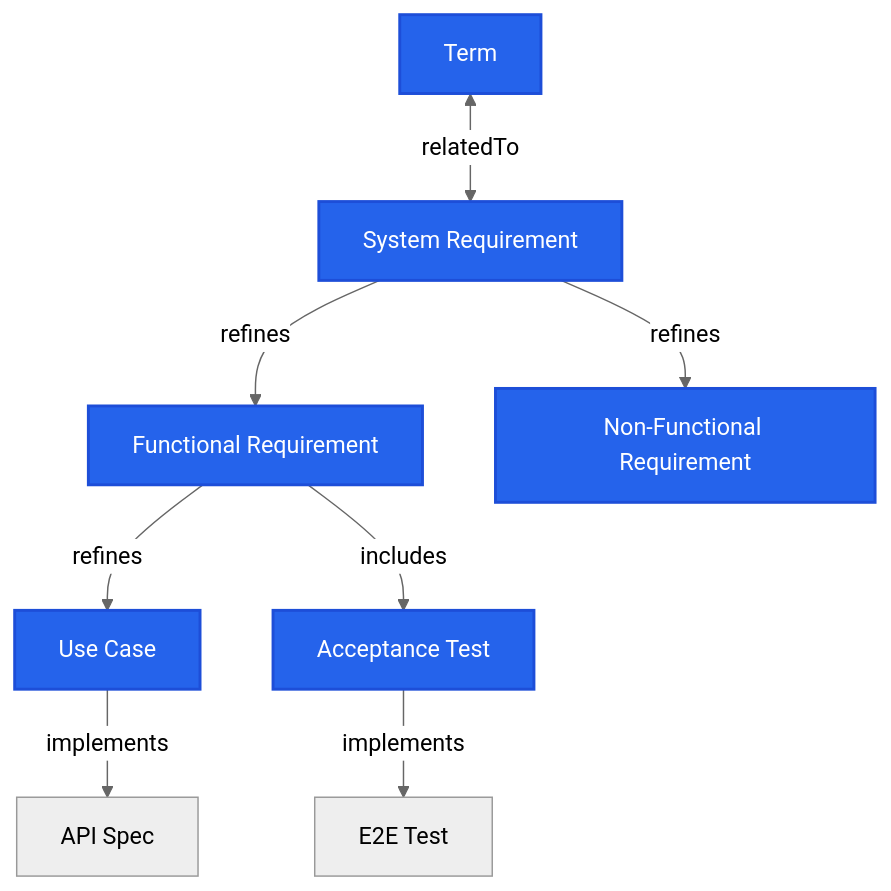
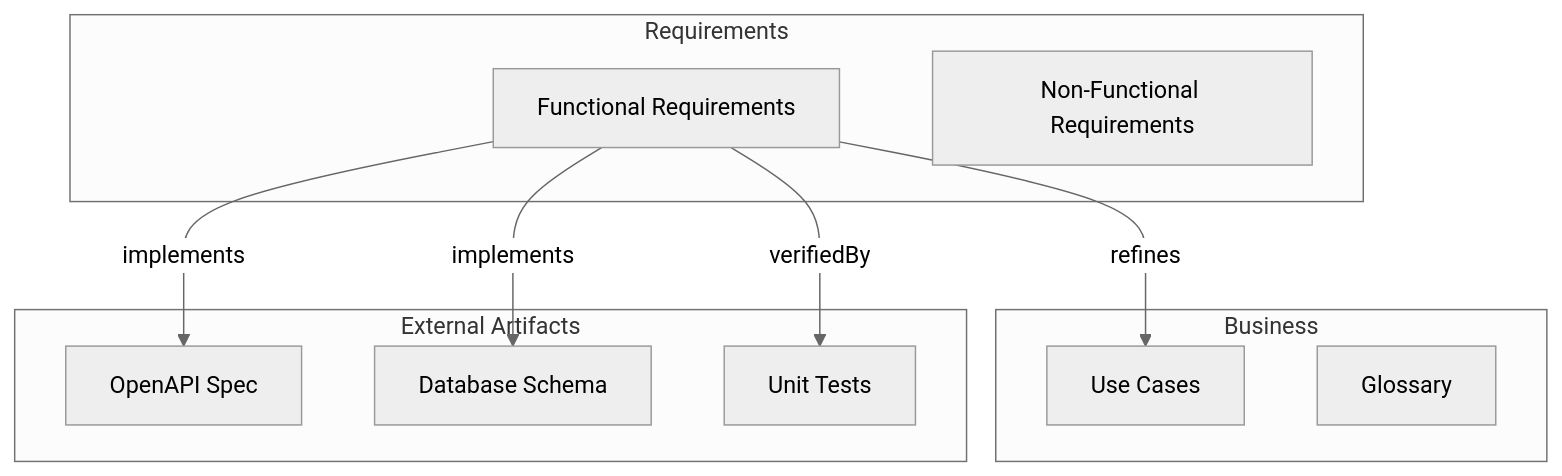
One commit to foo-ogawa/speckeeper changed the diagram in README.md. Above: the diagram before and after it, drawn with Mermaid (neutral theme). The commit also changed other lines of this file and 3 other files, not shown here.

````diff
--- a/README.md
+++ b/README.md
@@ -48,13 +48,29 @@
 ```mermaid
 flowchart TB
-  TERM[Term] <-->|relatedTo| SR[System Requirement]
-  SR -->|refines| FR[Functional Requirement]
-  SR -->|refines| NFR[Non-Functional Requirement]
-  FR -->|refines| UC[Use Case]
-  FR -->|includes| AT[Acceptance Test]
-  UC -->|implements| API[API Spec]
-  AT -->|implements| E2ET[E2E Test]
+  subgraph L0[Business]
+    UC[Use Cases]
+    TERM[Glossary]
+  end
+  subgraph L1[Requirements]
+    FR[Functional Requirements]
+    NFR[Non-Functional Requirements]
+  end
+  subgraph External[External Artifacts]
+    API[OpenAPI Spec]
+    DDL[Database Schema]
+    UT[Unit Tests]
+  end
 
-  classDef speckeeper fill:#2563EB,stroke:#1D4ED8,color:#fff,stroke-width:2px
-  class TERM,SR,FR,NFR,UC,AT speckeeper
+  FR -->|refines| UC
+  FR -->|implements| API
+  FR -->|verifiedBy| UT
+  FR -->|implements| DDL
+
+  class UC,TERM,FR,NFR speckeeper
+  class FR,NFR requirement
+  class UC usecase
+  class TERM term
+  class API openapi
+  class DDL sqlschema
+  class UT test
 ```
````
